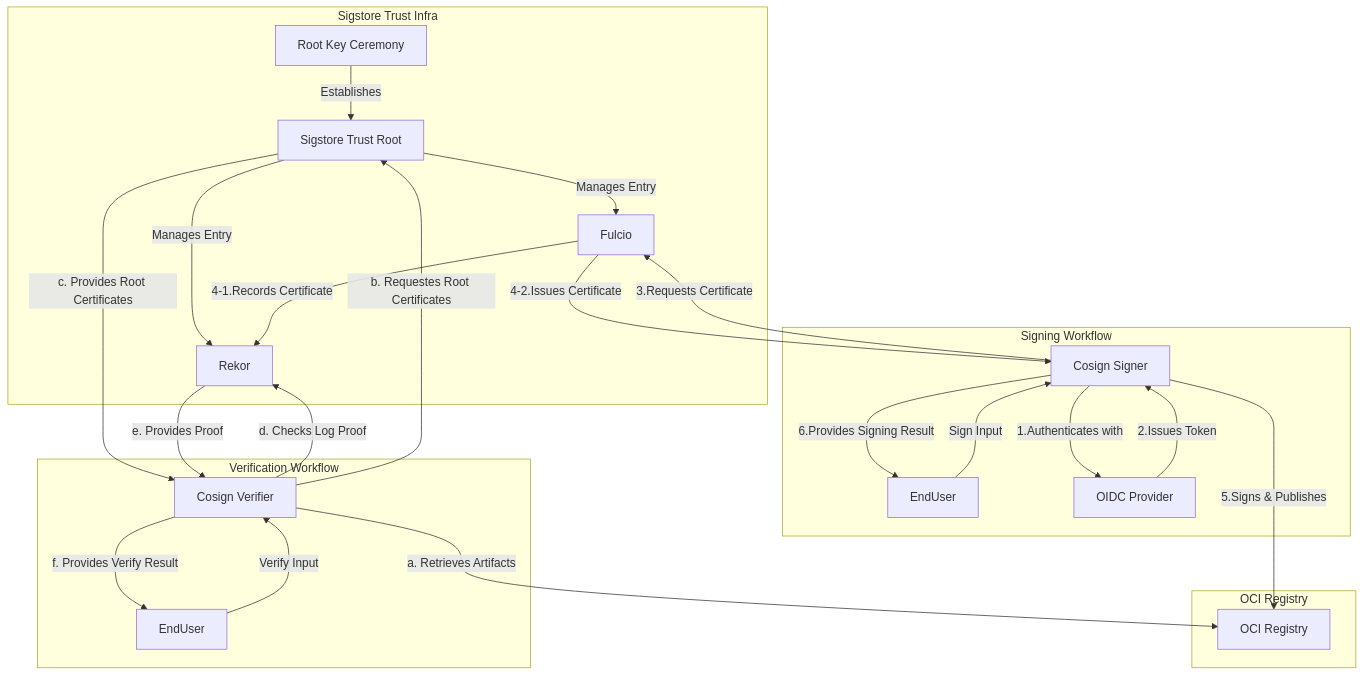
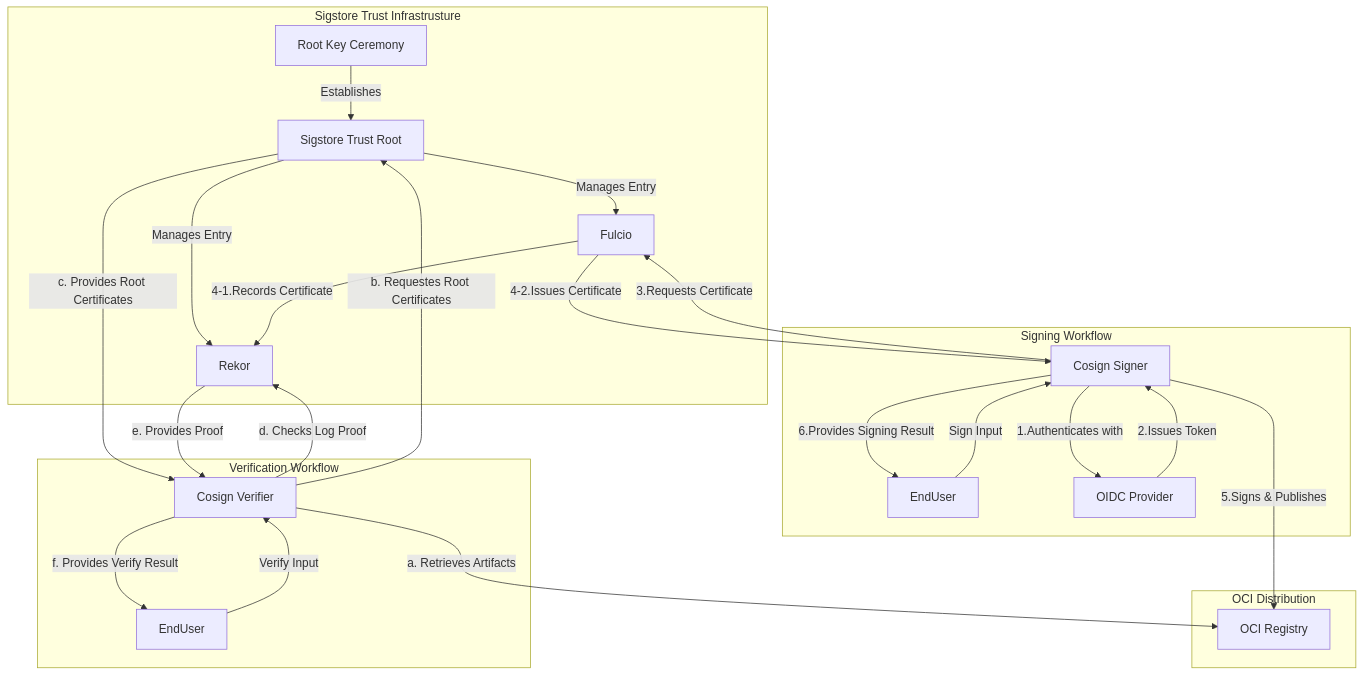
The diagram in cosign/README.md (ratify-project/ratify-verifier-go), drawn with Mermaid before and after one commit. The commit also changed other lines of this file, not shown here.

````diff
--- a/cosign/README.md
+++ b/cosign/README.md
@@ -15,33 +15,33 @@
 ```mermaid
 flowchart TD
-    subgraph Sigstore Trust Infra
+    subgraph Sigstore Trust Infrastrusture
         TUF[Root Key Ceremony] -->|Establishes| TR[Sigstore Trust Root]
         TR -->|Manages Entry| CA[Fulcio]
         TR -->|Manages Entry| REKOR[Rekor]
     end
 
     subgraph Signing Workflow
         SU[EndUser] -->|Sign Input| SR[Cosign Signer]
         SR -->|1.Authenticates with| OIDC[OIDC Provider]
         OIDC -->|2.Issues Token| SR
         SR -->|3.Requests Certificate| CA
         CA -->|4-1.Records Certificate| REKOR
         CA -->|4-2.Issues Certificate| SR
         SR -->|6.Provides Signing Result| SU
         
     end
 
     subgraph Verification Workflow
         VU[EndUser] -->|Verify Input|VR[Cosign Verifier]
         VR -->|d. Checks Log Proof| REKOR
         VR -->|b. Requestes Root Certificates| TR
         TR -->|c. Provides Root Certificates| VR
         REKOR -->|e. Provides Proof| VR 
         VR -->|f. Provides Verify Result| VU
     end
 
-    subgraph OCI Registry
+    subgraph OCI Distribution
         VR -->|a. Retrieves Artifacts| REG[OCI Registry]
         SR -->|5.Signs & Publishes| REG
     end
 ```
````
